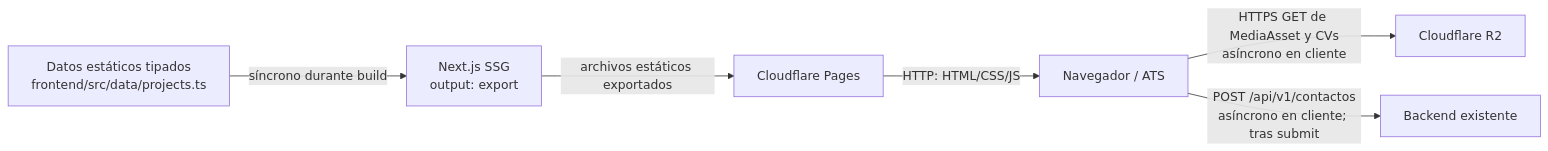
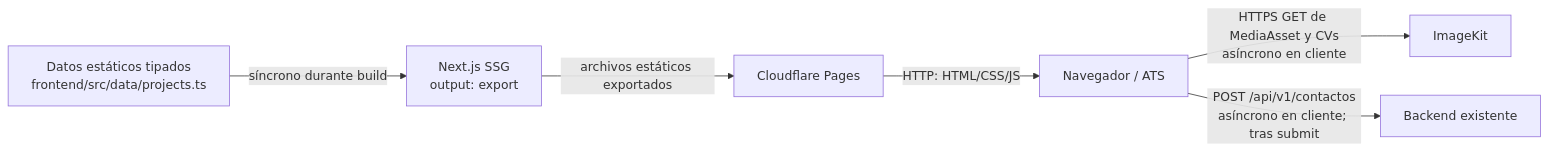
The diagram in README.md (Alberto-Zompantzi/Portfolio), drawn with Mermaid before and after one commit. The commit also changed other lines of this file and 9 other files, not shown here.

Commit message:
docs: switch media delivery to ImageKit

````diff
--- a/README.md
+++ b/README.md
@@ -11,8 +11,8 @@
 ```mermaid
 flowchart LR
   D["Datos estáticos tipados<br/>frontend/src/data/projects.ts"] -->|"síncrono durante build"| N["Next.js SSG<br/>output: export"]
   N -->|"archivos estáticos exportados"| P["Cloudflare Pages"]
   P -->|"HTTP: HTML/CSS/JS"| U["Navegador / ATS"]
-  U -->|"HTTPS GET de MediaAsset y CVs<br/>asíncrono en cliente"| R["Cloudflare R2"]
+  U -->|"HTTPS GET de MediaAsset y CVs<br/>asíncrono en cliente"| I["ImageKit"]
   U -->|"POST /api/v1/contactos<br/>asíncrono en cliente; tras submit"| B["Backend existente"]
 ```
````
